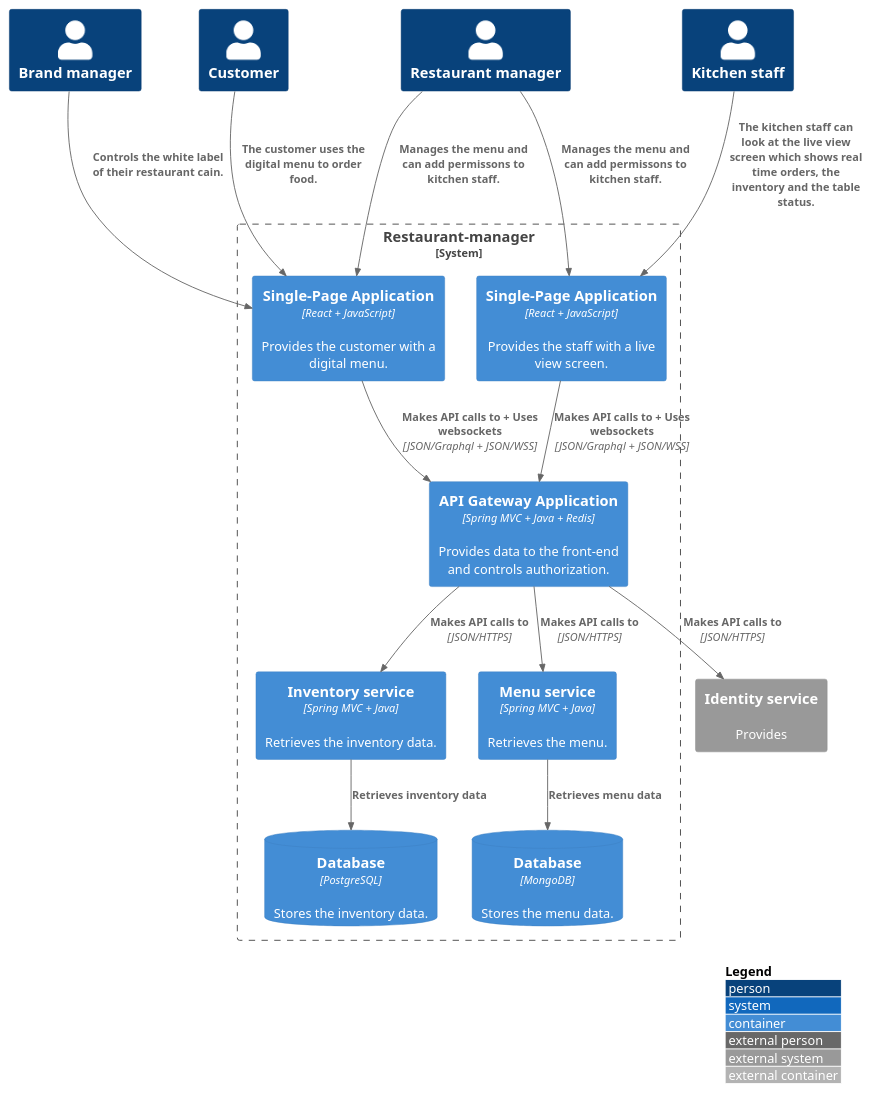
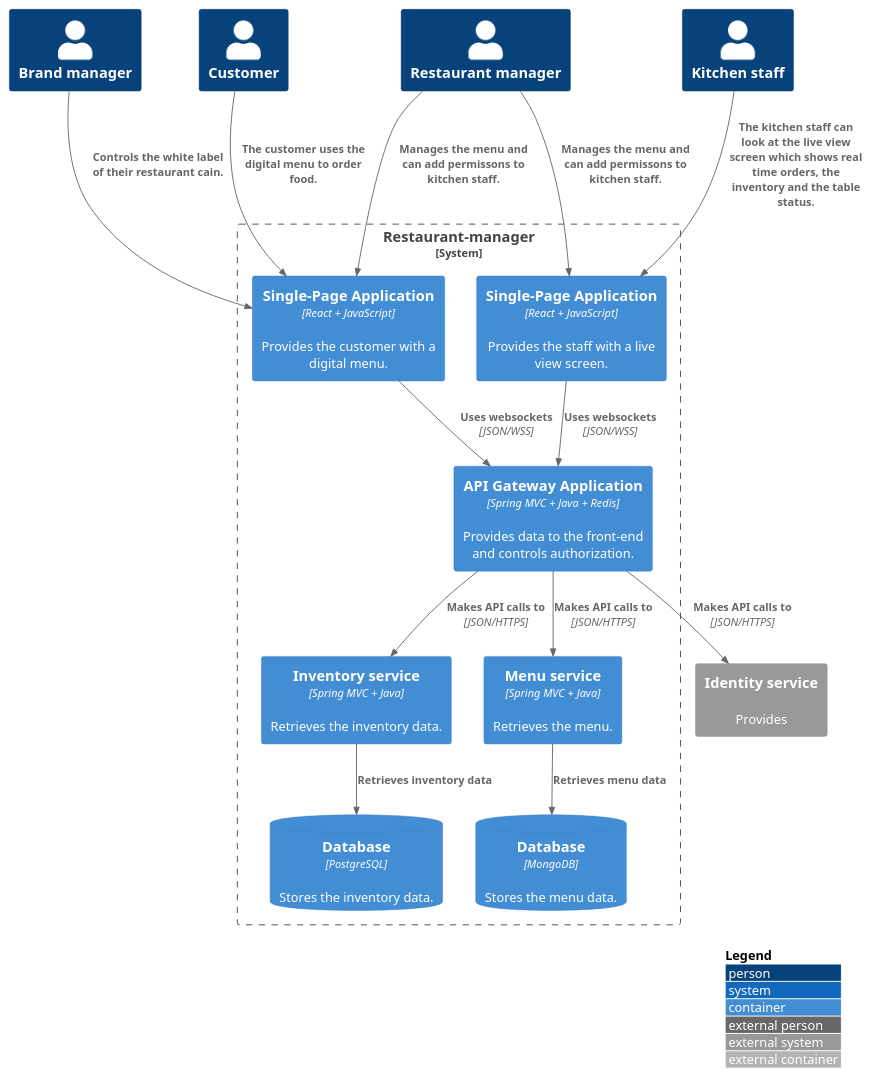
One commit to FHICT-Owen/S3-GPS-DOCS changed the diagram in diagrams/container.puml. Above: the diagram before and after it, drawn with PlantUML.

Commit message:
Changed communication protocol between the gateway and spa's

```diff
--- a/diagrams/container.puml
+++ b/diagrams/container.puml
@@ -1,43 +1,43 @@
 @startuml C4_Elements
 !include https://raw.githubusercontent.com/plantuml-stdlib/C4-PlantUML/master/C4_Container.puml
 
 LAYOUT_WITH_LEGEND()
 
 Person(brand, "Brand manager")
 Person(customer, "Customer")
 Person(staff, "Kitchen staff")
 Person(manager, "Restaurant manager")
 
 System_Ext(identity, "Identity service", "Provides")
 
 System_Boundary(boundry, "Restaurant-manager"){
 	Container(live_view, "Single-Page Application", "React + JavaScript", "Provides the staff with a live view screen.")
 	Container(spa_menu, "Single-Page Application", "React + JavaScript", "Provides the customer with a digital menu.")
 
 	Container(api, "API Gateway Application", "Spring MVC + Java + Redis", "Provides data to the front-end and controls authorization.")
 
 	Container(menu_service, "Menu service", "Spring MVC + Java", "Retrieves the menu.")
 	Container(inventory_service, "Inventory service", "Spring MVC + Java", "Retrieves the inventory data.")
 
 	ContainerDb(db1, "Database", "MongoDB", "Stores the menu data.")
 	ContainerDb(db2, "Database", "PostgreSQL", "Stores the inventory data.")
 }
 
 Rel(customer, spa_menu, "The customer uses the digital menu to order food.")
 Rel(staff, live_view, "The kitchen staff can look at the live view screen which shows real time orders, the inventory and the table status.")
 Rel(manager, live_view, "Manages the menu and can add permissons to kitchen staff.")
 Rel(manager, spa_menu, "Manages the menu and can add permissons to kitchen staff.")
 Rel(brand, spa_menu, "Controls the white label of their restaurant cain.")
 
-Rel(spa_menu, api, "Makes API calls to + Uses websockets", "JSON/Graphql + JSON/WSS")
-Rel(live_view, api, "Makes API calls to + Uses websockets", "JSON/Graphql + JSON/WSS")
+Rel(spa_menu, api, "Uses websockets", "JSON/WSS")
+Rel(live_view, api, "Uses websockets", "JSON/WSS")
 
 Rel(api, identity, "Makes API calls to", "JSON/HTTPS")
 
 Rel(api, menu_service, "Makes API calls to", "JSON/HTTPS")
 Rel(api, inventory_service, "Makes API calls to", "JSON/HTTPS")
 
 Rel(menu_service, db1, "Retrieves menu data")
 Rel(inventory_service, db2, "Retrieves inventory data")
 
 @enduml
```
